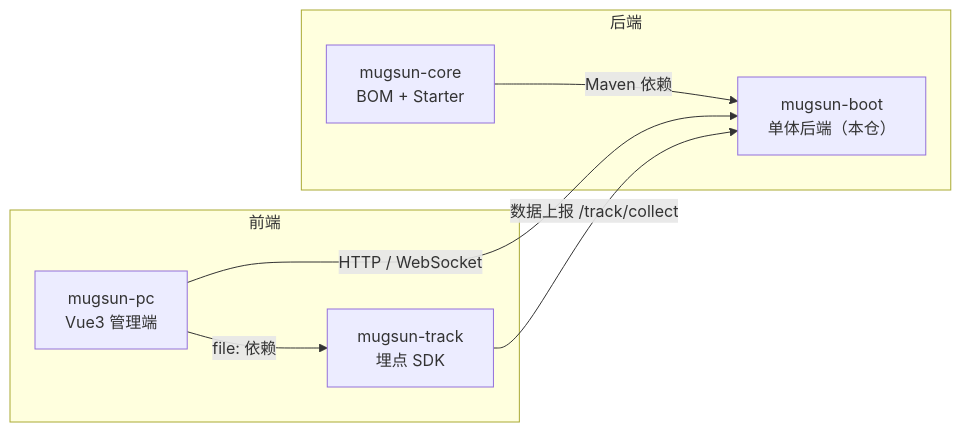
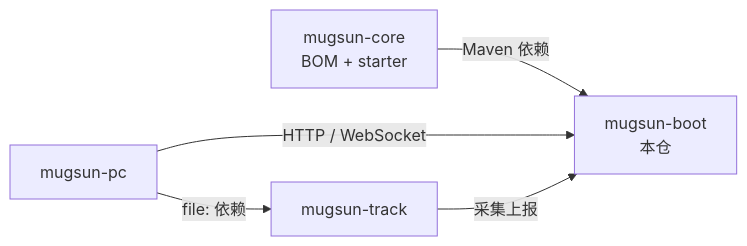
Before and after one commit to mugsun/mugsun-boot: the diagram in README.md, drawn with Mermaid. The commit also changed other lines of this file and 1 other file, not shown here.

````diff
--- a/README.md
+++ b/README.md
@@ -57,15 +92,7 @@
 ```mermaid
 graph LR
-    subgraph 前端
-        PC["mugsun-pc<br/>Vue3 管理端"]
-        TRACK["mugsun-track<br/>埋点 SDK"]
-    end
-    subgraph 后端
-        BOOT["mugsun-boot<br/>单体后端（本仓）"]
-        CORE["mugsun-core<br/>BOM + Starter"]
-    end
-    CORE -->|Maven 依赖| BOOT
-    PC -->|file: 依赖| TRACK
-    PC -->|HTTP / WebSocket| BOOT
-    TRACK -->|数据上报 /track/collect| BOOT
+  CORE["mugsun-core<br/>BOM + starter"] -->|Maven 依赖| BOOT["mugsun-boot<br/>本仓"]
+  PC["mugsun-pc"] -->|HTTP / WebSocket| BOOT
+  TRACK["mugsun-track"] -->|采集上报| BOOT
+  PC -->|file: 依赖| TRACK
 ```
````
